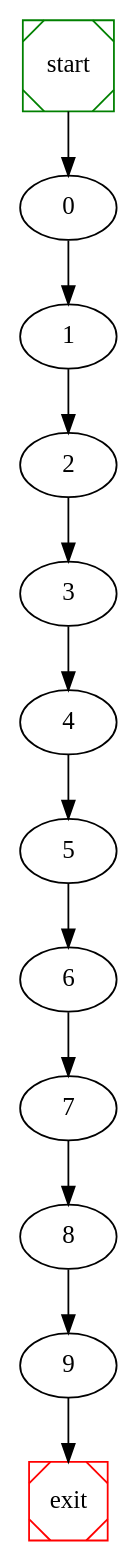
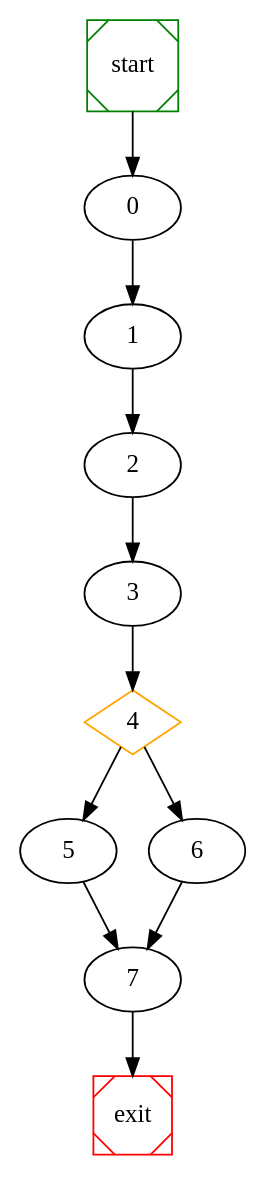
One commit to NabeelQaiser/BTP_2k18-19 changed the diagram in cnf/raw_graph.dot. Above: the diagram before and after it, drawn with Graphviz. The commit also changed 10 other files, not shown here.

```diff
--- a/cnf/raw_graph.dot
+++ b/cnf/raw_graph.dot
@@ -1,18 +1,18 @@
 # dot file created at runtime
 
 digraph G {
 	start -> 0;
 	0 -> 1 ;
 	1 -> 2 ;
 	2 -> 3 ;
+	4 [shape=diamond, color=orange] ;
+	4 -> 5 ;
+	4 -> 6 ;
 	3 -> 4 ;
-	4 -> 5 ;
-	5 -> 6 ;
 	6 -> 7 ;
-	7 -> 8 ;
-	8 -> 9 ;
-	9 -> exit;
+	5 -> 7 ;
+	7 -> exit;
 
 	start [shape=Msquare, color=green];
 	exit [shape=Msquare, color=red];
 }
```
